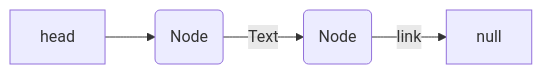
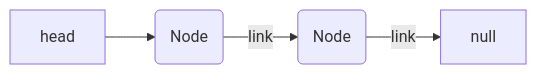
The diagram in README.md (Jeffrey-S-Smith/trainLinkList-), drawn with Mermaid before and after one commit.

Commit message:
updated train link list

````diff
--- a/README.md
+++ b/README.md
@@ -15,5 +15,5 @@
 ```mermaid
 graph LR
-head --> A(Node)-->|Text| B(Node)
+head --> A(Node)-->|link| B(Node)
 B--> |link| C[null]
 ```
````
